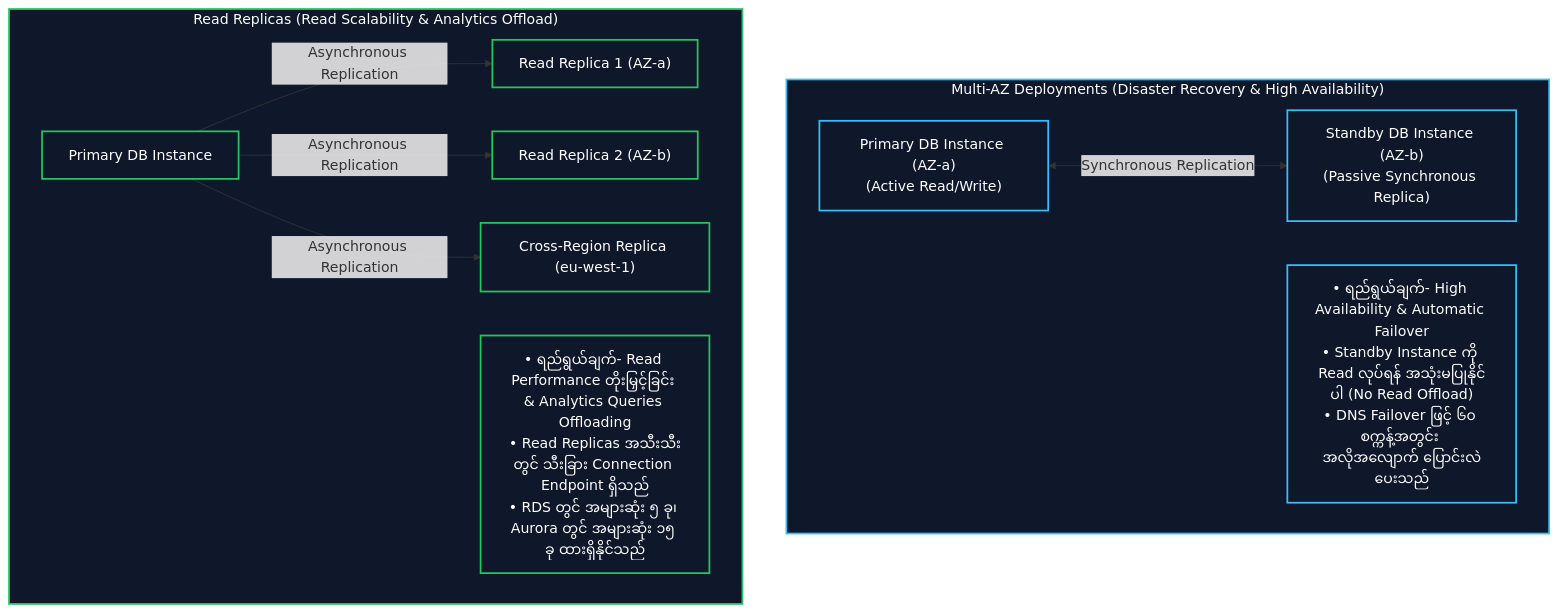
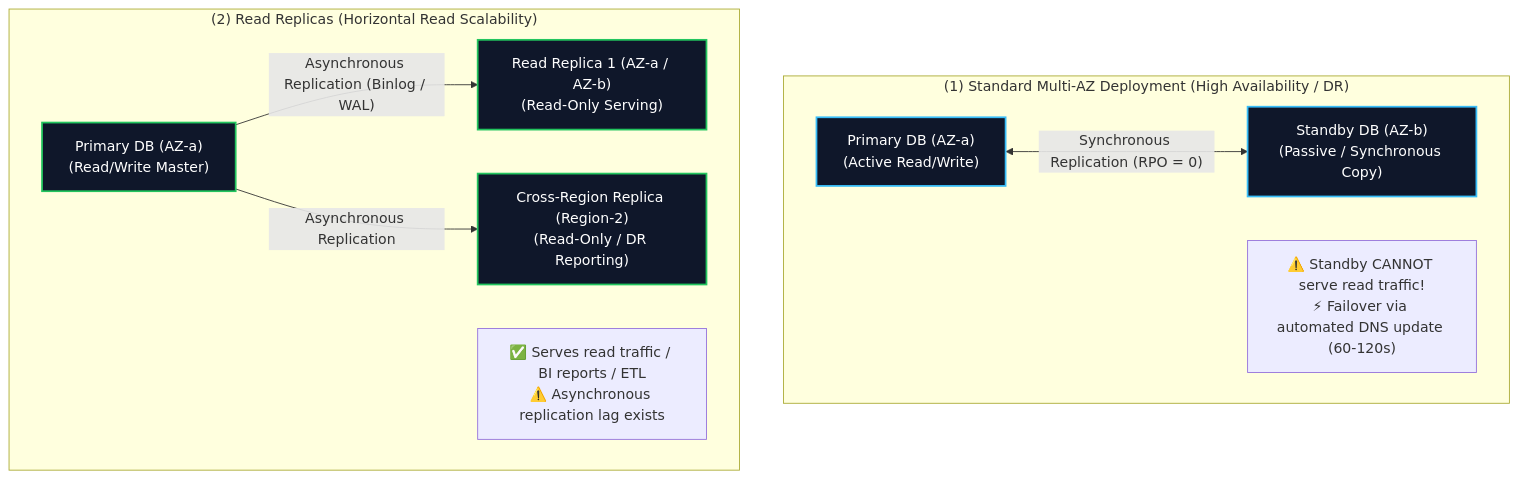
The second of 6 diagrams in content/mm/02-services/database/rds-and-aurora.md (Wathon/aws-dea-c01-note), drawn with Mermaid before and after one commit. The commit also changed other lines of this file and 41 other files, not shown here.

````diff
--- a/content/mm/02-services/database/rds-and-aurora.md
+++ b/content/mm/02-services/database/rds-and-aurora.md
@@ -89,26 +119,24 @@
 ```mermaid
 graph TD
-    subgraph MultiAZ["Multi-AZ Deployments (Disaster Recovery & High Availability)"]
-        PrimaryDB["Primary DB Instance (AZ-a)<br/>(Active Read/Write)"]
-        StandbyDB["Standby DB Instance (AZ-b)<br/>(Passive Synchronous Replica)"]
-        PrimaryDB <-->|"Synchronous Replication"| StandbyDB
-        MultiAZDesc["• ရည်ရွယ်ချက်- High Availability & Automatic Failover<br/>• Standby Instance ကို Read လုပ်ရန် အသုံးမပြုနိုင်ပါ (No Read Offload)<br/>• DNS Failover ဖြင့် ၆၀ စက္ကန့်အတွင်း အလိုအလျောက် ပြောင်းလဲပေးသည်"]
+    subgraph MultiAZ["(1) Standard Multi-AZ Deployment (High Availability / DR)"]
+        PrimaryDB["Primary DB (AZ-a)<br/>(Active Read/Write)"]
+        StandbyDB["Standby DB (AZ-b)<br/>(Passive / Synchronous Copy)"]
+        PrimaryDB <-->|"Synchronous Replication (RPO = 0)"| StandbyDB
+        Note1["⚠️ Standby CANNOT serve read traffic!<br/>⚡ Failover via automated DNS update (60-120s)"]
     end
 
-    subgraph ReadReplicas["Read Replicas (Read Scalability & Analytics Offload)"]
-        MasterDB["Primary DB Instance"]
-        RR1["Read Replica 1 (AZ-a)"]
-        RR2["Read Replica 2 (AZ-b)"]
-        RR3["Cross-Region Replica (eu-west-1)"]
-        MasterDB -->|"Asynchronous Replication"| RR1
-        MasterDB -->|"Asynchronous Replication"| RR2
-        MasterDB -->|"Asynchronous Replication"| RR3
-        RRDesc["• ရည်ရွယ်ချက်- Read Performance တိုးမြှင့်ခြင်း & Analytics Queries Offloading<br/>• Read Replicas အသီးသီးတွင် သီးခြား Connection Endpoint ရှိသည်<br/>• RDS တွင် အများဆုံး ၅ ခု၊ Aurora တွင် အများဆုံး ၁၅ ခု ထားရှိနိုင်သည်"]
+    subgraph ReadReps["(2) Read Replicas (Horizontal Read Scalability)"]
+        MasterDB["Primary DB (AZ-a)<br/>(Read/Write Master)"]
+        Replica1["Read Replica 1 (AZ-a / AZ-b)<br/>(Read-Only Serving)"]
+        Replica2["Cross-Region Replica (Region-2)<br/>(Read-Only / DR Reporting)"]
+        MasterDB -->|"Asynchronous Replication (Binlog / WAL)"| Replica1
+        MasterDB -->|"Asynchronous Replication"| Replica2
+        Note2["✅ Serves read traffic / BI reports / ETL<br/>⚠️ Asynchronous replication lag exists"]
     end
 
-    classDef maz fill:#0f172a,stroke:#38bdf8,stroke-width:2px,color:#fff;
-    classDef rr fill:#0f172a,stroke:#22c55e,stroke-width:2px,color:#fff;
+    classDef ha fill:#0f172a,stroke:#38bdf8,stroke-width:2px,color:#fff;
+    classDef scale fill:#0f172a,stroke:#22c55e,stroke-width:2px,color:#fff;
 
-    class MultiAZ,PrimaryDB,StandbyDB,MultiAZDesc maz;
-    class ReadReplicas,MasterDB,RR1,RR2,RR3,RRDesc rr;
+    class PrimaryDB,StandbyDB ha;
+    class MasterDB,Replica1,Replica2 scale;
 ```
````
